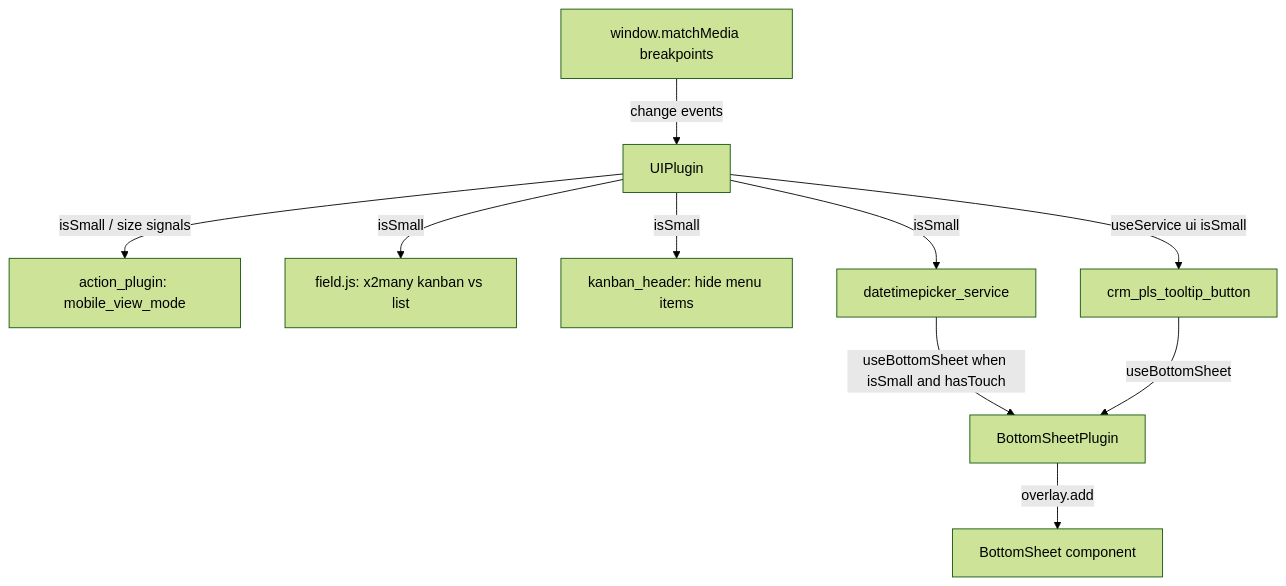
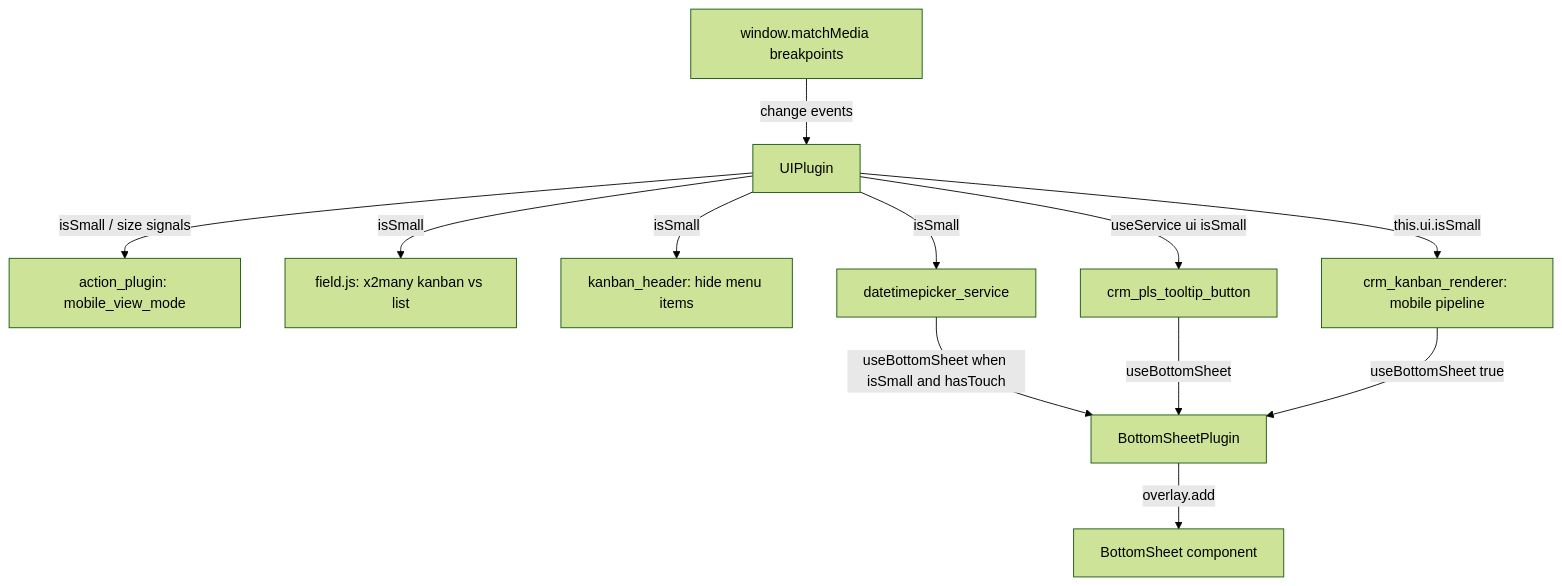
The diagram in droid-wiki/features/mobile-web.md (blitzy-public-samples/odoo), drawn with Mermaid (forest theme) before and after one commit. The commit also changed other lines of this file and 78 other files, not shown here.

````diff
--- a/droid-wiki/features/mobile-web.md
+++ b/droid-wiki/features/mobile-web.md
@@ -42,12 +49,14 @@
 ```mermaid
 graph TD
   MM[window.matchMedia breakpoints] -->|change events| UP[UIPlugin]
   UP -->|isSmall / size signals| AP[action_plugin: mobile_view_mode]
   UP -->|isSmall| FLD[field.js: x2many kanban vs list]
   UP -->|isSmall| KH[kanban_header: hide menu items]
   UP -->|isSmall| DTP[datetimepicker_service]
   DTP -->|useBottomSheet when isSmall and hasTouch| BSP[BottomSheetPlugin]
   BSP -->|overlay.add| BS[BottomSheet component]
   UP -->|useService ui isSmall| PLS[crm_pls_tooltip_button]
   PLS -->|useBottomSheet| BSP
+  UP -->|this.ui.isSmall| REN[crm_kanban_renderer: mobile pipeline]
+  REN -->|useBottomSheet true| BSP
 ```
````
